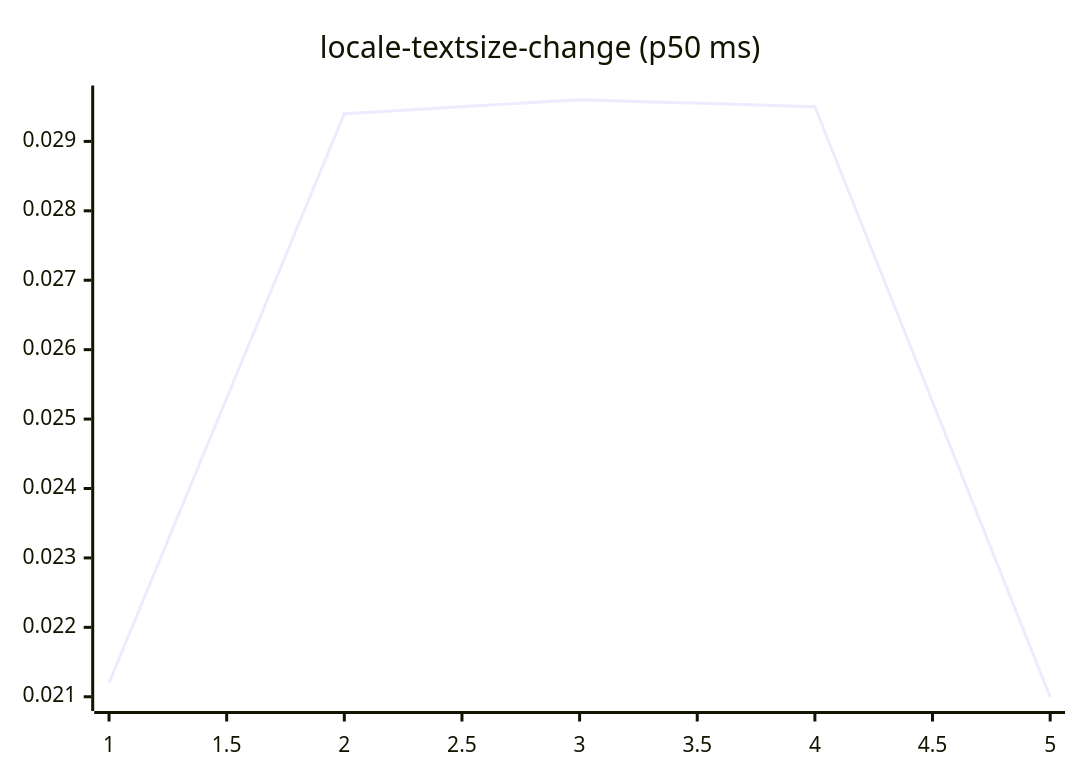
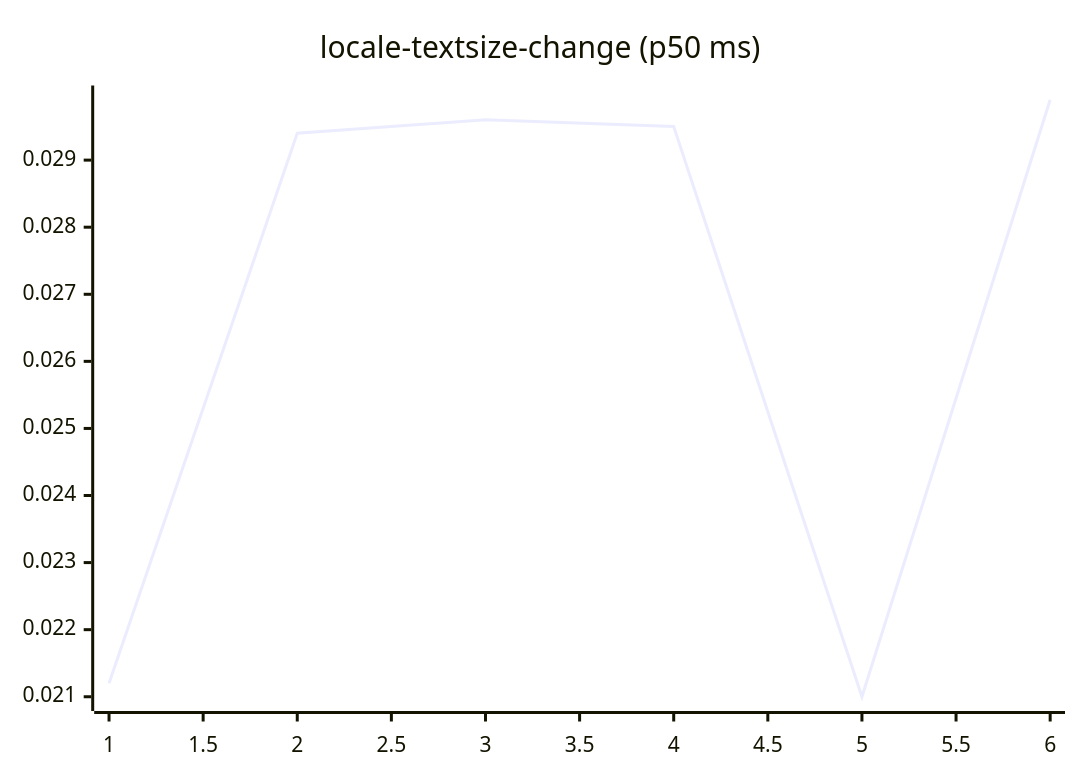
Before and after one commit to josha/Facet: diagram 13 of 27 in README.md, drawn with Mermaid. The commit also changed other lines of this file and 2 other files, not shown here.

````diff
--- a/README.md
+++ b/README.md
@@ -147,6 +147,6 @@
 ```mermaid
 xychart-beta
     title "locale-textsize-change (p50 ms)"
-    x-axis 1 --> 5
-    line [0.0212, 0.0294, 0.0296, 0.0295, 0.0210]
+    x-axis 1 --> 6
+    line [0.0212, 0.0294, 0.0296, 0.0295, 0.0210, 0.0299]
 ```
````
